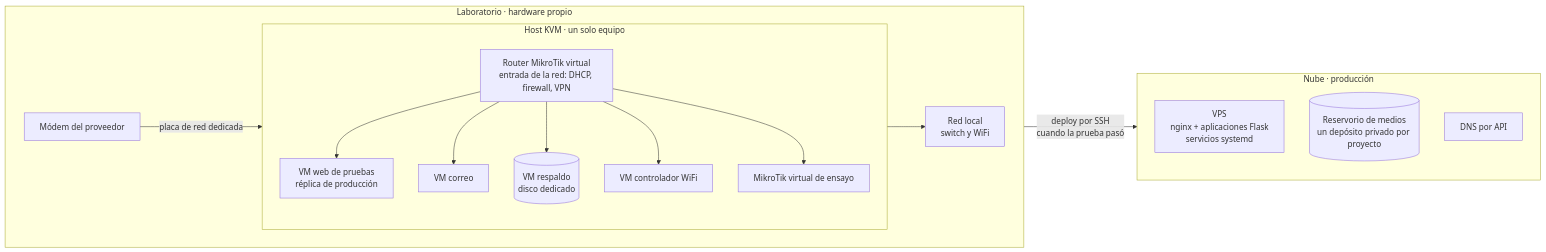
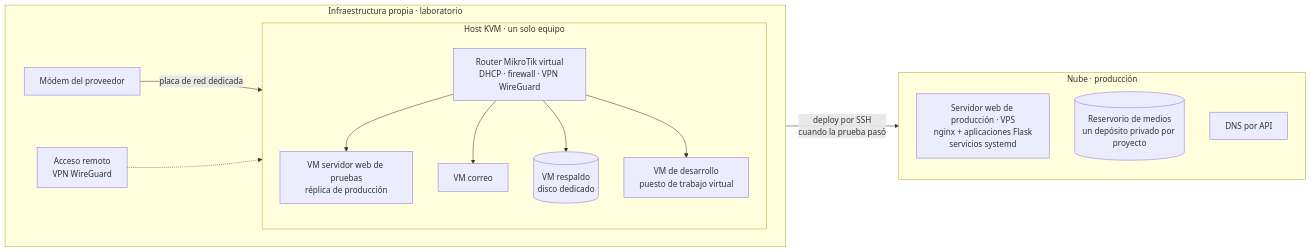
The first of 3 diagrams in README.md (druidatech-net/infraestructura-druidatech), drawn with Mermaid before and after one commit. The commit also changed other lines of this file, not shown here.

Commit message:
Red: router virtual único con VPN WireGuard de acceso remoto; VM de desarrollo; sin red local ni controlador WiFi; sin la palabra casa

````diff
--- a/README.md
+++ b/README.md
@@ -24,24 +25,23 @@
 ```mermaid
 flowchart LR
-    subgraph LAB[Laboratorio · hardware propio]
+    subgraph LAB[Infraestructura propia · laboratorio]
         direction LR
         M[Módem del proveedor] -->|placa de red dedicada| K
+        E[Acceso remoto<br/>VPN WireGuard] -.-> K
         subgraph H[Host KVM · un solo equipo]
             direction TB
-            K[Router MikroTik virtual<br/>entrada de la red: DHCP, firewall, VPN]
-            K --> W[VM web de pruebas<br/>réplica de producción]
+            K[Router MikroTik virtual<br/>DHCP · firewall · VPN WireGuard]
+            K --> W[VM servidor web de pruebas<br/>réplica de producción]
             K --> C[VM correo]
             K --> B[(VM respaldo<br/>disco dedicado)]
-            K --> U[VM controlador WiFi]
-            K --> K2[MikroTik virtual de ensayo]
+            K --> A[VM de desarrollo<br/>puesto de trabajo virtual]
         end
-        K --> L[Red local<br/>switch y WiFi]
     end
     subgraph NUBE[Nube · producción]
         direction TB
-        V[VPS<br/>nginx + aplicaciones Flask<br/>servicios systemd]
+        V[Servidor web de producción · VPS<br/>nginx + aplicaciones Flask<br/>servicios systemd]
         S[(Reservorio de medios<br/>un depósito privado por proyecto)]
         D[DNS por API]
     end
     W -->|"deploy por SSH<br/>cuando la prueba pasó"| V
 ```
````
